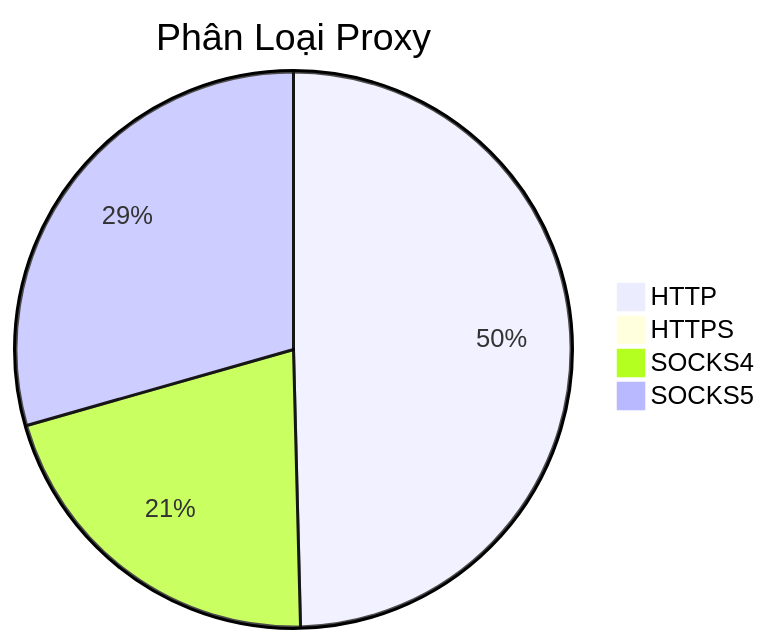
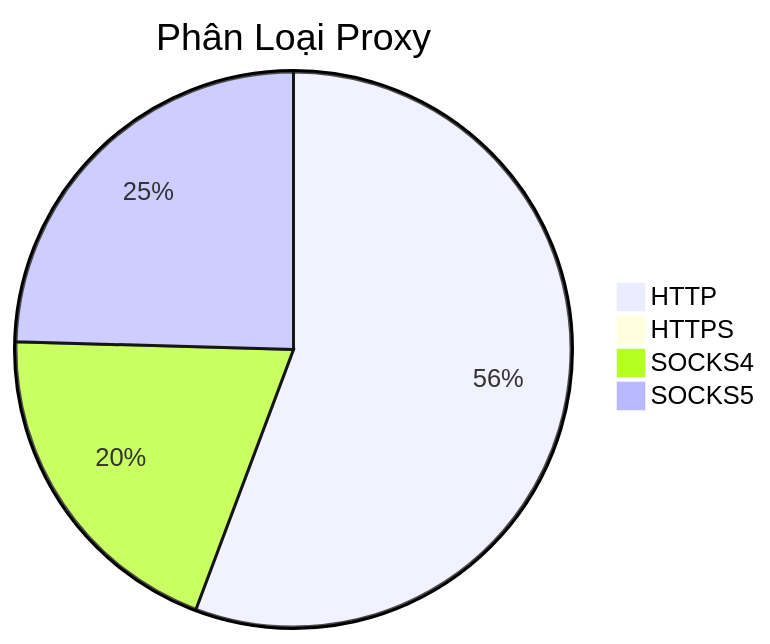
One commit to Ciara-12/PROXY-free changed the diagram in README.md. Above: the diagram before and after it, drawn with Mermaid. The commit also changed other lines of this file and 4 other files, not shown here.

````diff
--- a/README.md
+++ b/README.md
@@ -26,7 +26,7 @@
 ```mermaid
 pie title Phân Loại Proxy
-    "HTTP" : 553
-    "HTTPS" : 1
-    "SOCKS4" : 234
-    "SOCKS5" : 328
+    "HTTP" : 692
+    "HTTPS" : 0
+    "SOCKS4" : 245
+    "SOCKS5" : 305
 ```
````
